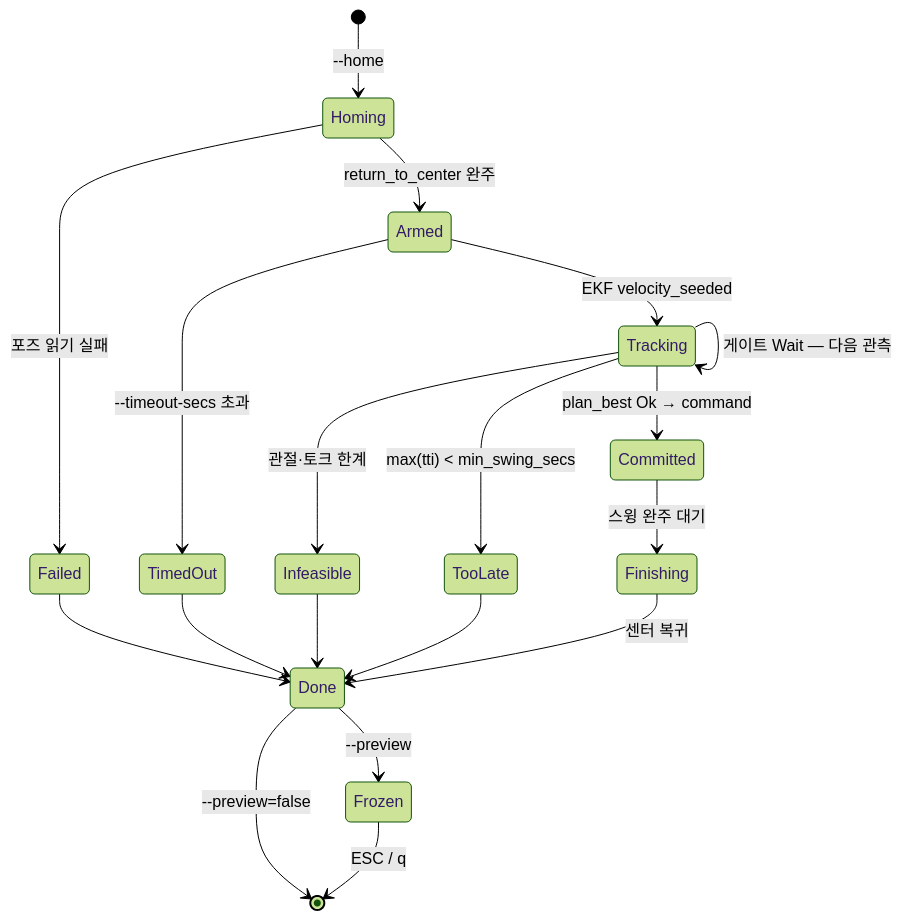
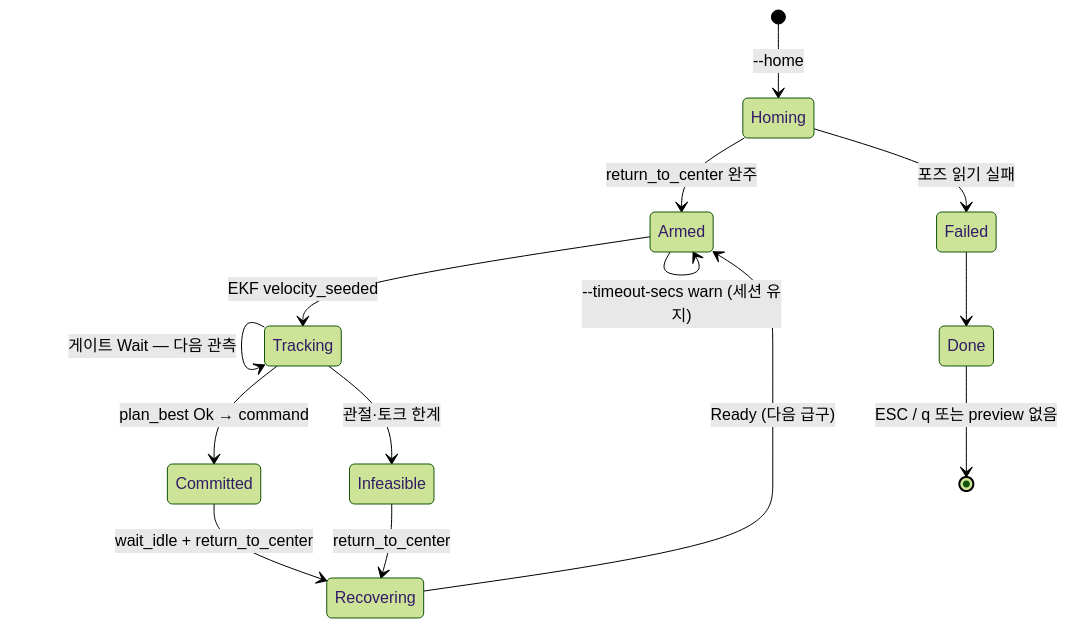
The second of 4 diagrams in src/real/README.md (luv-all/pingpong-bot), drawn with Mermaid (forest theme) before and after one commit. The commit also changed other lines of this file and 7 other files, not shown here.

First line of the commit message:
feat(real): continuous feed — rearm after center return

````diff
--- a/src/real/README.md
+++ b/src/real/README.md
@@ -113,24 +114,19 @@
 ```mermaid
 stateDiagram-v2
     [*] --> Homing: --home
     Homing --> Armed: return_to_center 완주
     Homing --> Failed: 포즈 읽기 실패
 
     Armed --> Tracking: EKF velocity_seeded
     Tracking --> Tracking: 게이트 Wait — 다음 관측
+    Tracking --> Committed: plan_best Ok → command
+    Tracking --> Infeasible: 관절·토크 한계
+    Armed --> Armed: --timeout-secs warn (세션 유지)
 
-    Tracking --> Committed: plan_best Ok → command
-    Tracking --> TooLate: max(tti) < min_swing_secs
-    Tracking --> Infeasible: 관절·토크 한계
-    Armed --> TimedOut: --timeout-secs 초과
+    Committed --> Recovering: wait_idle + return_to_center
+    Infeasible --> Recovering: return_to_center
+    Recovering --> Armed: Ready (다음 급구)
 
-    Committed --> Finishing: 스윙 완주 대기
-    Finishing --> Done: 센터 복귀
-    TooLate --> Done
-    Infeasible --> Done
-    TimedOut --> Done
     Failed --> Done
-    Done --> Frozen: --preview
-    Frozen --> [*]: ESC / q
-    Done --> [*]: --preview=false
+    Done --> [*]: ESC / q 또는 preview 없음
 ```
````
